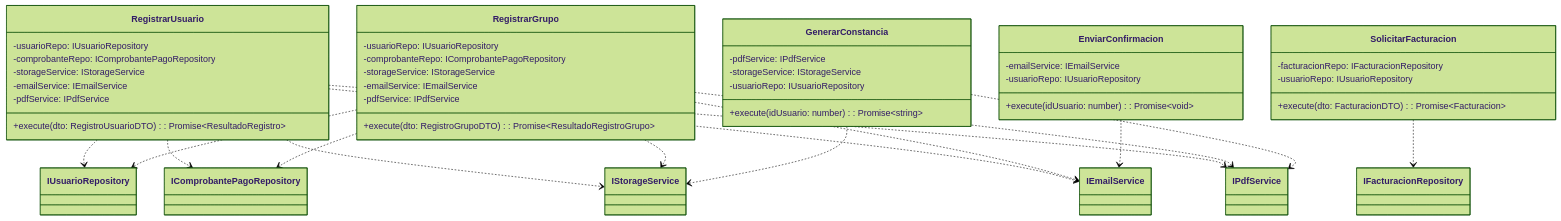
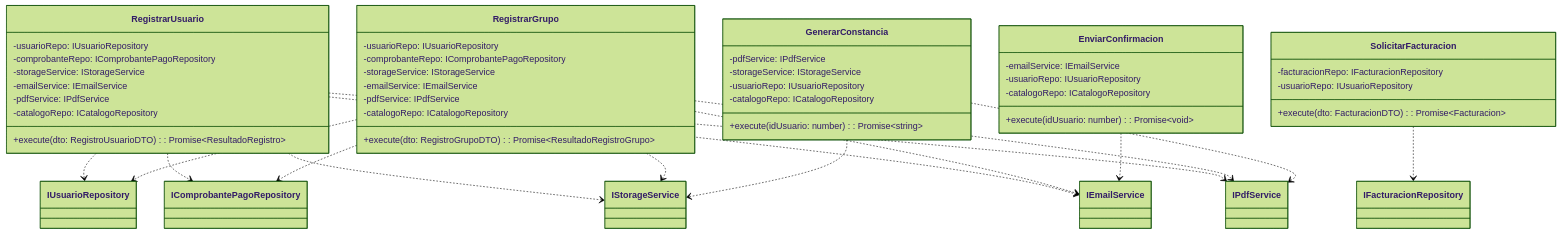
The fourth of 14 diagrams in docs/DESIGN.md (iKinoo/aniei-registro-2026), drawn with Mermaid (forest theme) before and after one commit. The commit also changed other lines of this file and 17 other files, not shown here.

````diff
--- a/docs/DESIGN.md
+++ b/docs/DESIGN.md
@@ -557,56 +585,60 @@
 ```mermaid
 classDiagram
     class RegistrarUsuario {
         -usuarioRepo: IUsuarioRepository
         -comprobanteRepo: IComprobantePagoRepository
         -storageService: IStorageService
         -emailService: IEmailService
         -pdfService: IPdfService
+        -catalogoRepo: ICatalogoRepository
         +execute(dto: RegistroUsuarioDTO): Promise~ResultadoRegistro~
     }
 
     class RegistrarGrupo {
         -usuarioRepo: IUsuarioRepository
         -comprobanteRepo: IComprobantePagoRepository
         -storageService: IStorageService
         -emailService: IEmailService
         -pdfService: IPdfService
+        -catalogoRepo: ICatalogoRepository
         +execute(dto: RegistroGrupoDTO): Promise~ResultadoRegistroGrupo~
     }
 
     class GenerarConstancia {
         -pdfService: IPdfService
         -storageService: IStorageService
         -usuarioRepo: IUsuarioRepository
+        -catalogoRepo: ICatalogoRepository
         +execute(idUsuario: number): Promise~string~
     }
 
     class EnviarConfirmacion {
         -emailService: IEmailService
         -usuarioRepo: IUsuarioRepository
+        -catalogoRepo: ICatalogoRepository
         +execute(idUsuario: number): Promise~void~
     }
 
     class SolicitarFacturacion {
         -facturacionRepo: IFacturacionRepository
         -usuarioRepo: IUsuarioRepository
         +execute(dto: FacturacionDTO): Promise~Facturacion~
     }
 
     RegistrarUsuario ..> IUsuarioRepository
     RegistrarUsuario ..> IComprobantePagoRepository
     RegistrarUsuario ..> IStorageService
     RegistrarUsuario ..> IEmailService
     RegistrarUsuario ..> IPdfService
 
     RegistrarGrupo ..> IUsuarioRepository
     RegistrarGrupo ..> IComprobantePagoRepository
     RegistrarGrupo ..> IStorageService
     RegistrarGrupo ..> IEmailService
     RegistrarGrupo ..> IPdfService
 
     GenerarConstancia ..> IPdfService
     GenerarConstancia ..> IStorageService
     EnviarConfirmacion ..> IEmailService
     SolicitarFacturacion ..> IFacturacionRepository
 ```
````
